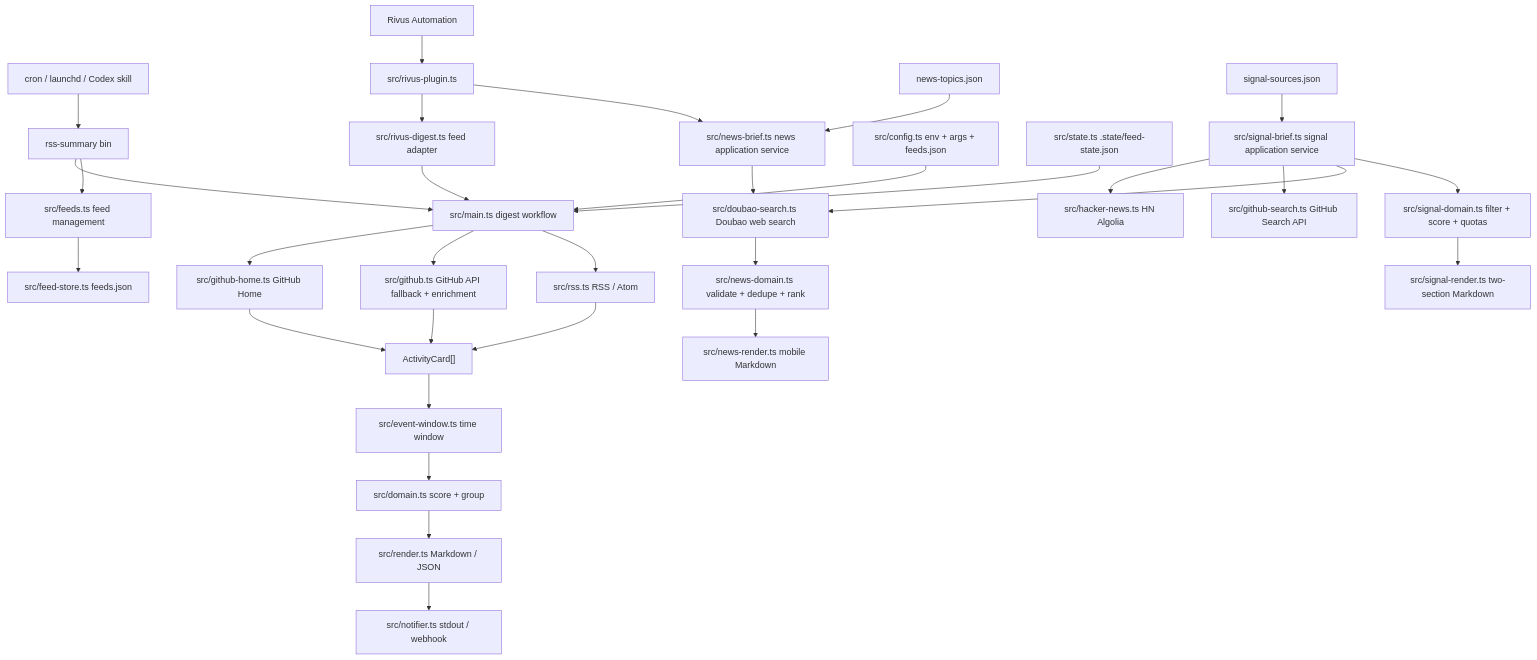
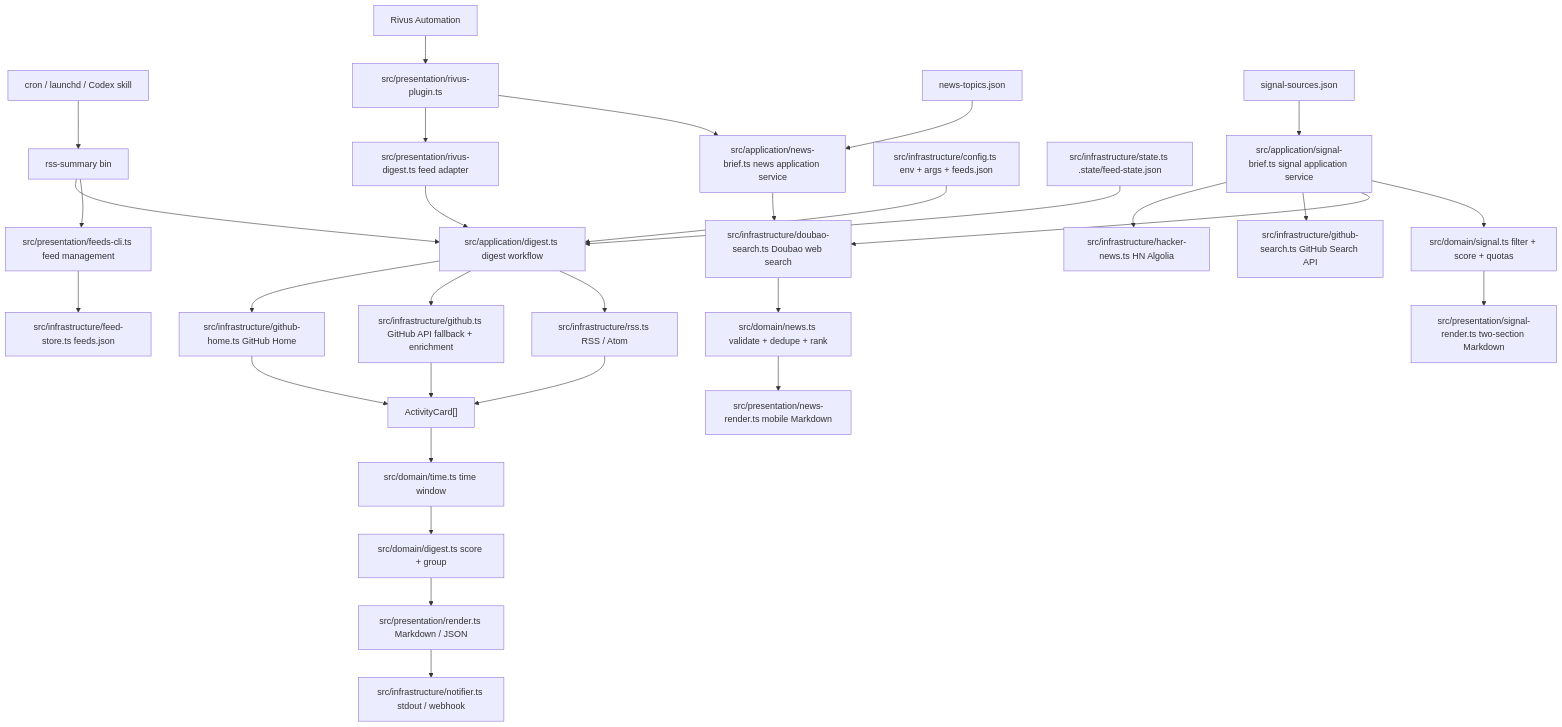
Before and after one commit to PerfectPan/rss-summary: the diagram in docs/architecture.md, drawn with Mermaid. The commit also changed other lines of this file and 64 other files, not shown here.

````diff
--- a/docs/architecture.md
+++ b/docs/architecture.md
@@ -9,39 +9,39 @@
 ```mermaid
 flowchart TD
   Trigger["cron / launchd / Codex skill"] --> CLI["rss-summary bin"]
-  RivusSchedule["Rivus Automation"] --> Plugin["src/rivus-plugin.ts"]
-  Plugin --> FeedAdapter["src/rivus-digest.ts feed adapter"]
-  Plugin --> NewsBrief["src/news-brief.ts news application service"]
+  RivusSchedule["Rivus Automation"] --> Plugin["src/presentation/rivus-plugin.ts"]
+  Plugin --> FeedAdapter["src/presentation/rivus-digest.ts feed adapter"]
+  Plugin --> NewsBrief["src/application/news-brief.ts news application service"]
   FeedAdapter --> Digest
-  CLI --> Digest["src/main.ts digest workflow"]
-  CLI --> FeedsCommand["src/feeds.ts feed management"]
+  CLI --> Digest["src/application/digest.ts digest workflow"]
+  CLI --> FeedsCommand["src/presentation/feeds-cli.ts feed management"]
 
-  Config["src/config.ts env + args + feeds.json"] --> Digest
-  Digest --> GitHubHome["src/github-home.ts GitHub Home"]
-  Digest --> GitHub["src/github.ts GitHub API fallback + enrichment"]
-  Digest --> RSS["src/rss.ts RSS / Atom"]
+  Config["src/infrastructure/config.ts env + args + feeds.json"] --> Digest
+  Digest --> GitHubHome["src/infrastructure/github-home.ts GitHub Home"]
+  Digest --> GitHub["src/infrastructure/github.ts GitHub API fallback + enrichment"]
+  Digest --> RSS["src/infrastructure/rss.ts RSS / Atom"]
 
   GitHubHome --> Cards["ActivityCard[]"]
   GitHub --> Cards
   RSS --> Cards
-  Cards --> Window["src/event-window.ts time window"]
-  Window --> Domain["src/domain.ts score + group"]
+  Cards --> Window["src/domain/time.ts time window"]
+  Window --> Domain["src/domain/digest.ts score + group"]
 
-  State["src/state.ts .state/feed-state.json"] --> Digest
-  Domain --> Render["src/render.ts Markdown / JSON"]
-  Render --> Notify["src/notifier.ts stdout / webhook"]
+  State["src/infrastructure/state.ts .state/feed-state.json"] --> Digest
+  Domain --> Render["src/presentation/render.ts Markdown / JSON"]
+  Render --> Notify["src/infrastructure/notifier.ts stdout / webhook"]
 
   Topics["news-topics.json"] --> NewsBrief
-  NewsBrief --> Doubao["src/doubao-search.ts Doubao web search"]
-  Doubao --> NewsDomain["src/news-domain.ts validate + dedupe + rank"]
-  NewsDomain --> NewsRender["src/news-render.ts mobile Markdown"]
+  NewsBrief --> Doubao["src/infrastructure/doubao-search.ts Doubao web search"]
+  Doubao --> NewsDomain["src/domain/news.ts validate + dedupe + rank"]
+  NewsDomain --> NewsRender["src/presentation/news-render.ts mobile Markdown"]
 
-  SignalSources["signal-sources.json"] --> SignalBrief["src/signal-brief.ts signal application service"]
-  SignalBrief --> HackerNews["src/hacker-news.ts HN Algolia"]
-  SignalBrief --> GithubSearch["src/github-search.ts GitHub Search API"]
+  SignalSources["signal-sources.json"] --> SignalBrief["src/application/signal-brief.ts signal application service"]
+  SignalBrief --> HackerNews["src/infrastructure/hacker-news.ts HN Algolia"]
+  SignalBrief --> GithubSearch["src/infrastructure/github-search.ts GitHub Search API"]
   SignalBrief --> Doubao
-  SignalBrief --> SignalDomain["src/signal-domain.ts filter + score + quotas"]
-  SignalDomain --> SignalRender["src/signal-render.ts two-section Markdown"]
+  SignalBrief --> SignalDomain["src/domain/signal.ts filter + score + quotas"]
+  SignalDomain --> SignalRender["src/presentation/signal-render.ts two-section Markdown"]
 
-  FeedsCommand --> FeedStore["src/feed-store.ts feeds.json"]
+  FeedsCommand --> FeedStore["src/infrastructure/feed-store.ts feeds.json"]
 ```
````
